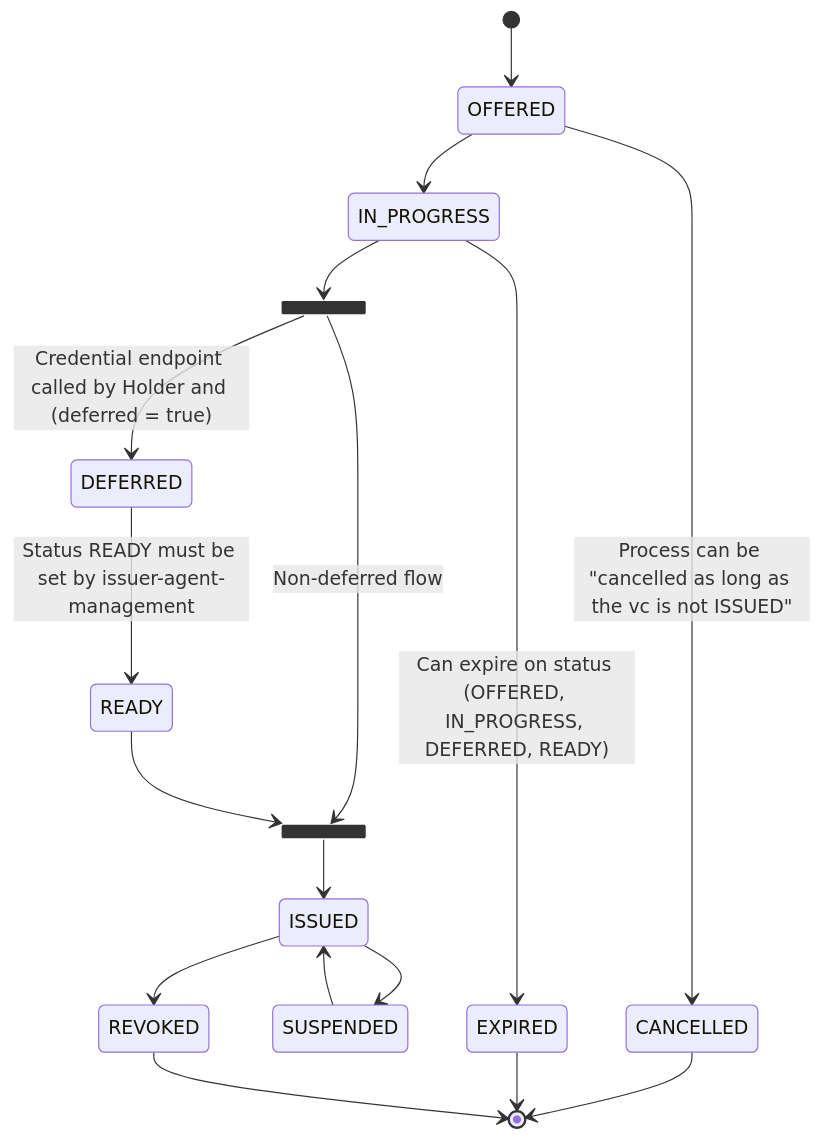
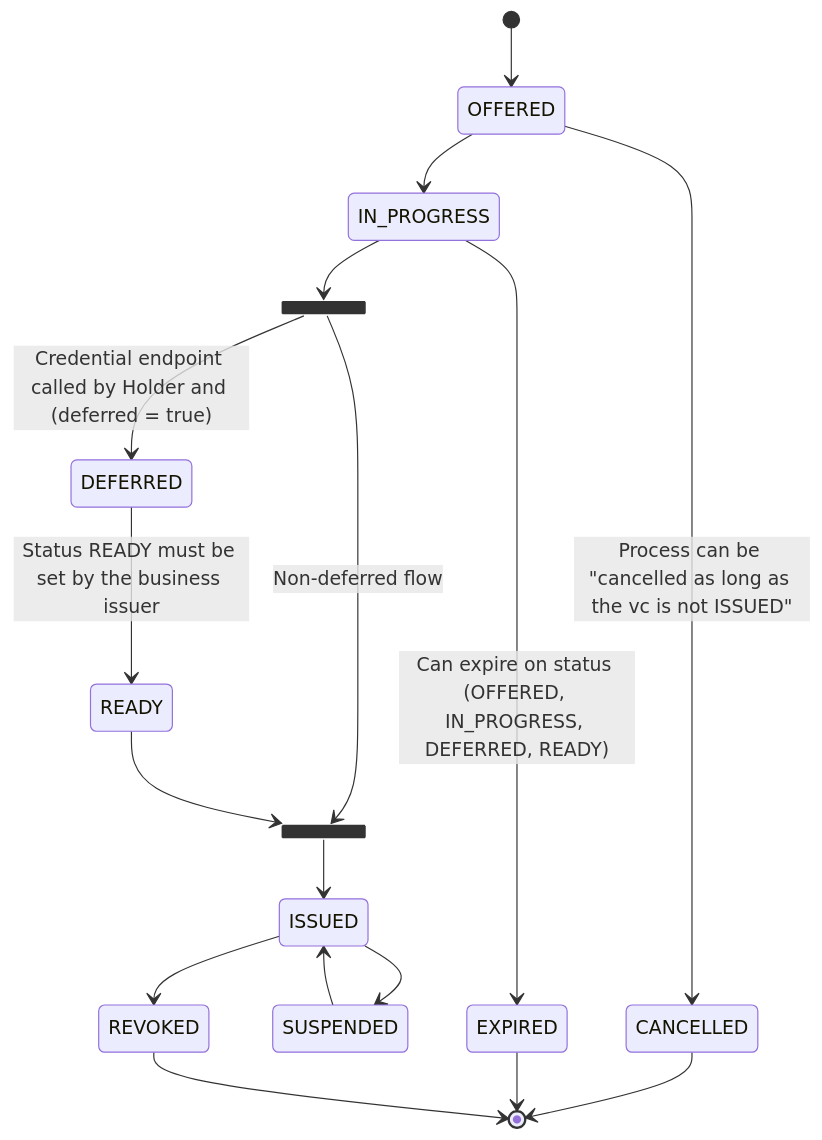
One commit to swiyu-admin-ch/swiyu-issuer changed the fourth of 4 diagrams in README.md. Above: the diagram before and after it, drawn with Mermaid. The commit also changed other lines of this file, not shown here.

````diff
--- a/README.md
+++ b/README.md
@@ -420,29 +543,29 @@
 ```mermaid
 stateDiagram-v2
     OFFERED
     IN_PROGRESS
     state fork_state <<fork>>
     DEFERRED
     READY
     state join_state <<join>>
     EXPIRED
     ISSUED
     SUSPENDED
     REVOKED
     [*] --> OFFERED
     OFFERED --> CANCELLED : Process can be "cancelled as long as the vc is not ISSUED"
     CANCELLED --> [*]
     OFFERED --> IN_PROGRESS
     IN_PROGRESS --> fork_state
     fork_state --> DEFERRED : Credential endpoint called by Holder and (deferred = true)
     fork_state --> join_state : Non-deferred flow
     IN_PROGRESS --> EXPIRED : Can expire on status (OFFERED, IN_PROGRESS, DEFERRED, READY)
     EXPIRED --> [*]
-    DEFERRED --> READY : Status READY must be set by issuer-agent-management
+    DEFERRED --> READY : Status READY must be set by the business issuer
     READY --> join_state
     join_state --> ISSUED
     ISSUED --> SUSPENDED
     SUSPENDED --> ISSUED
     ISSUED --> REVOKED
     REVOKED --> [*]
 ```
````
